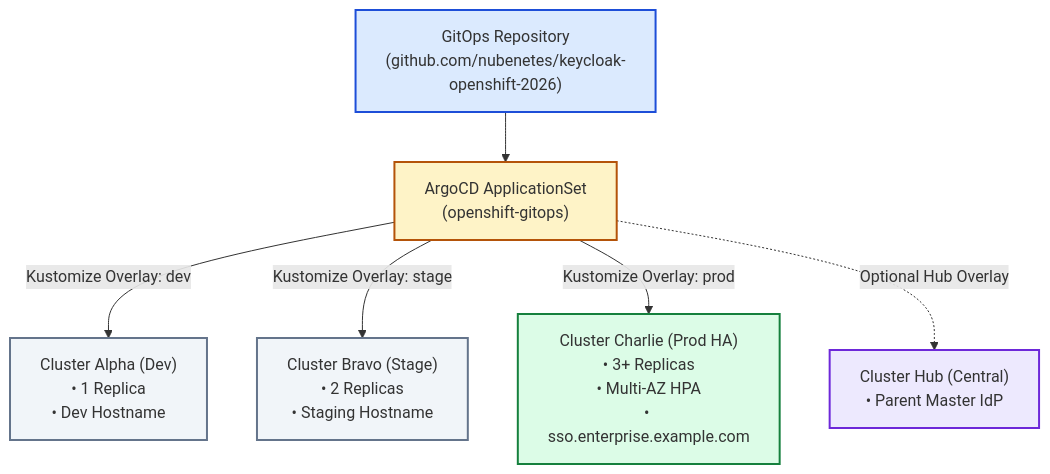
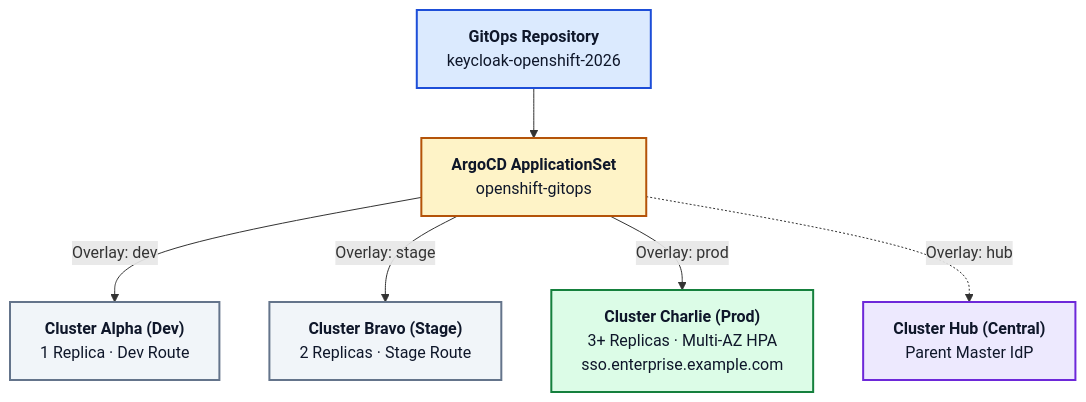
One commit to nubenetes/keycloak-openshift-2026 changed the diagram in docs/DAY1_PROVISIONING_GITOPS.md. Above: the diagram before and after it, drawn with Mermaid. The commit also changed 11 other files, not shown here.

Commit message:
fix(docs): optimize Mermaid architecture and sequence diagrams with text-wrapped node labels and improved layout

````diff
--- a/docs/DAY1_PROVISIONING_GITOPS.md
+++ b/docs/DAY1_PROVISIONING_GITOPS.md
@@ -9,16 +9,16 @@
 ```mermaid
 graph TD
-    Repo["GitOps Repository<br/>(github.com/nubenetes/keycloak-openshift-2026)"] --> AppSet["ArgoCD ApplicationSet<br/>(openshift-gitops)"]
+    Repo["<b>GitOps Repository</b><br/>keycloak-openshift-2026"] --> AppSet["<b>ArgoCD ApplicationSet</b><br/>openshift-gitops"]
 
-    AppSet -->|Kustomize Overlay: dev| DevCluster["Cluster Alpha (Dev)<br/>• 1 Replica<br/>• Dev Hostname"]
-    AppSet -->|Kustomize Overlay: stage| StageCluster["Cluster Bravo (Stage)<br/>• 2 Replicas<br/>• Staging Hostname"]
-    AppSet -->|Kustomize Overlay: prod| ProdCluster["Cluster Charlie (Prod HA)<br/>• 3+ Replicas<br/>• Multi-AZ HPA<br/>• sso.enterprise.example.com"]
-    AppSet -.->|Optional Hub Overlay| HubCluster["Cluster Hub (Central)<br/>• Parent Master IdP"]
+    AppSet -->|Overlay: dev| DevCluster["<b>Cluster Alpha (Dev)</b><br/>1 Replica · Dev Route"]
+    AppSet -->|Overlay: stage| StageCluster["<b>Cluster Bravo (Stage)</b><br/>2 Replicas · Stage Route"]
+    AppSet -->|Overlay: prod| ProdCluster["<b>Cluster Charlie (Prod)</b><br/>3+ Replicas · Multi-AZ HPA<br/>sso.enterprise.example.com"]
+    AppSet -.->|Overlay: hub| HubCluster["<b>Cluster Hub (Central)</b><br/>Parent Master IdP"]
 
-    style Repo fill:#dbeafe,stroke:#1d4ed8,stroke-width:2px;
-    style AppSet fill:#fef3c7,stroke:#b45309,stroke-width:2px;
-    style DevCluster fill:#f1f5f9,stroke:#64748b,stroke-width:2px;
-    style StageCluster fill:#f1f5f9,stroke:#64748b,stroke-width:2px;
-    style ProdCluster fill:#dcfce7,stroke:#15803d,stroke-width:2px;
-    style HubCluster fill:#ede9fe,stroke:#6d28d9,stroke-width:2px;
+    style Repo fill:#dbeafe,stroke:#1d4ed8,stroke-width:2px,color:#0f172a;
+    style AppSet fill:#fef3c7,stroke:#b45309,stroke-width:2px,color:#0f172a;
+    style DevCluster fill:#f1f5f9,stroke:#64748b,stroke-width:2px,color:#0f172a;
+    style StageCluster fill:#f1f5f9,stroke:#64748b,stroke-width:2px,color:#0f172a;
+    style ProdCluster fill:#dcfce7,stroke:#15803d,stroke-width:2px,color:#0f172a;
+    style HubCluster fill:#ede9fe,stroke:#6d28d9,stroke-width:2px,color:#0f172a;
 ```
````
